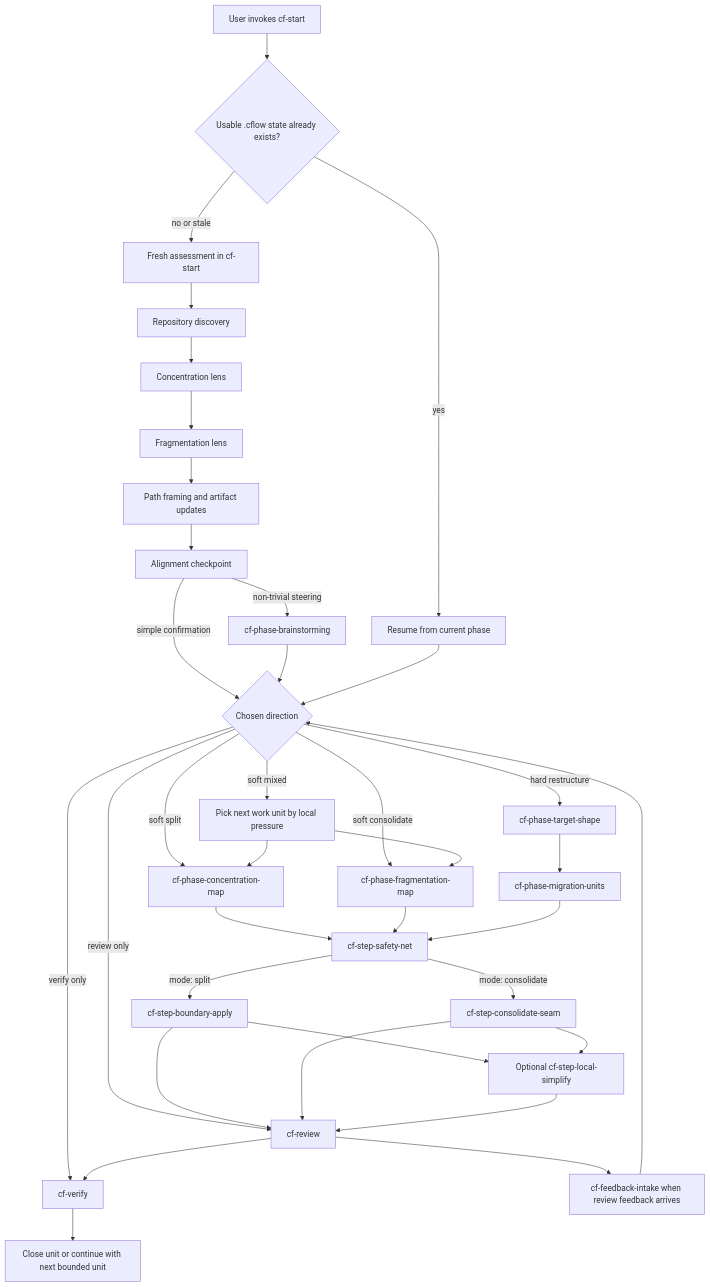
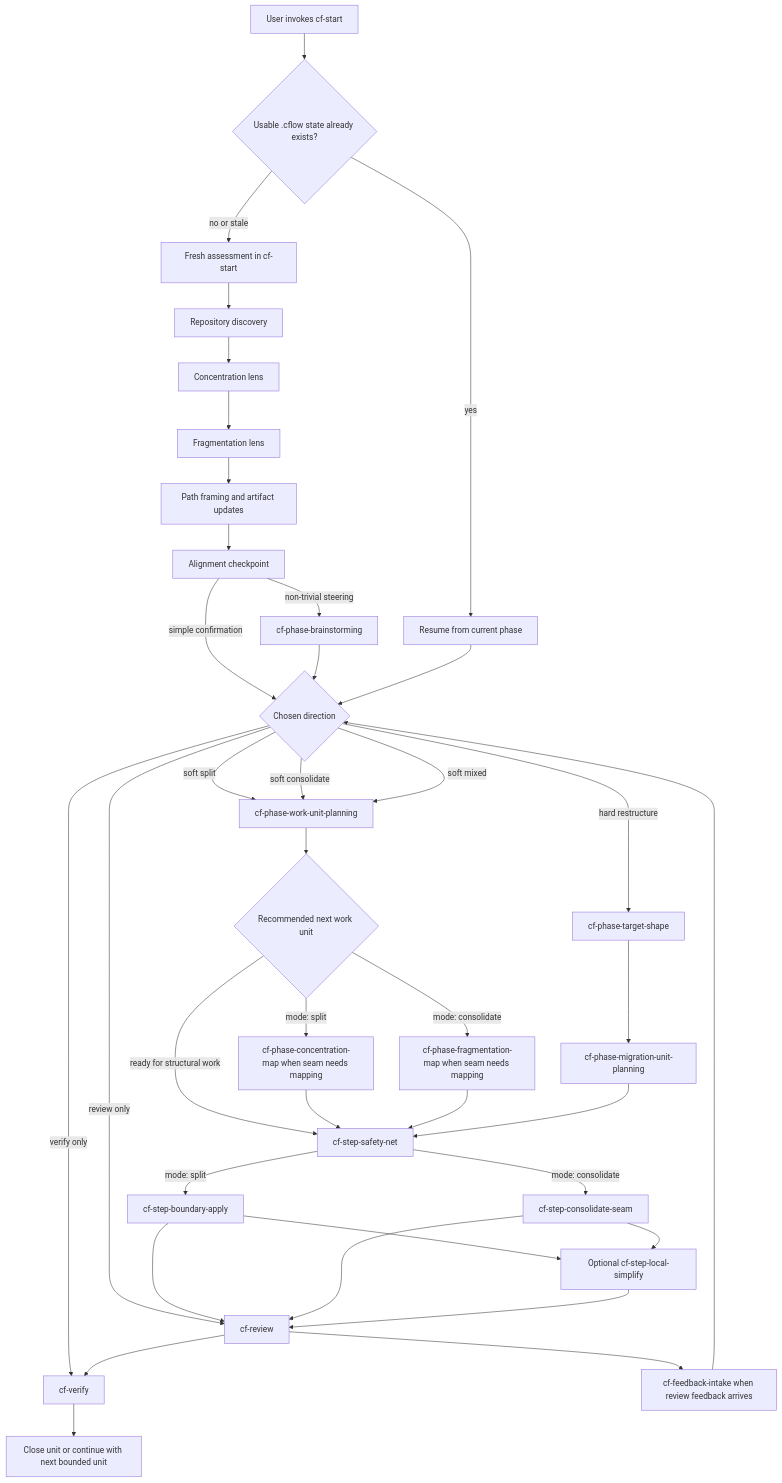
The diagram in docs/workflow-map.md (gualask/clean-flow), drawn with Mermaid before and after one commit. The commit also changed other lines of this file and 20 other files, not shown here.

````diff
--- a/docs/workflow-map.md
+++ b/docs/workflow-map.md
@@ -21,45 +21,47 @@
 ```mermaid
 flowchart TD
     A[User invokes cf-start] --> B{Usable .cflow state already exists?}
     B -- no or stale --> C[Fresh assessment in cf-start]
     B -- yes --> D[Resume from current phase]
 
     C --> C1[Repository discovery]
     C1 --> C2[Concentration lens]
     C2 --> C3[Fragmentation lens]
     C3 --> C4[Path framing and artifact updates]
     C4 --> E[Alignment checkpoint]
 
     E -- simple confirmation --> F{Chosen direction}
     E -- non-trivial steering --> G[cf-phase-brainstorming]
     G --> F
     D --> F
 
-    F -- soft split --> H[cf-phase-concentration-map]
-    F -- soft consolidate --> I[cf-phase-fragmentation-map]
-    F -- soft mixed --> J[Pick next work unit by local pressure]
-    J --> H
-    J --> I
+    F -- soft split --> J[cf-phase-work-unit-planning]
+    F -- soft consolidate --> J
+    F -- soft mixed --> J
     F -- hard restructure --> K[cf-phase-target-shape]
     F -- review only --> R[cf-review]
     F -- verify only --> S[cf-verify]
 
-    K --> L[cf-phase-migration-units]
+    K --> L[cf-phase-migration-unit-planning]
+    J --> J1{Recommended next work unit}
+    J1 -- mode: split --> H[cf-phase-concentration-map when seam needs mapping]
+    J1 -- mode: consolidate --> I[cf-phase-fragmentation-map when seam needs mapping]
+    J1 -- ready for structural work --> M[cf-step-safety-net]
     H --> M[cf-step-safety-net]
     I --> M
     L --> M
 
     M -- mode: split --> N[cf-step-boundary-apply]
     M -- mode: consolidate --> O[cf-step-consolidate-seam]
 
     N --> P[Optional cf-step-local-simplify]
     O --> P
     N --> R
     O --> R
     P --> R
 
     R --> S
     R --> T[cf-feedback-intake when review feedback arrives]
     T --> F
     S --> U[Close unit or continue with next bounded unit]
 ```
````
